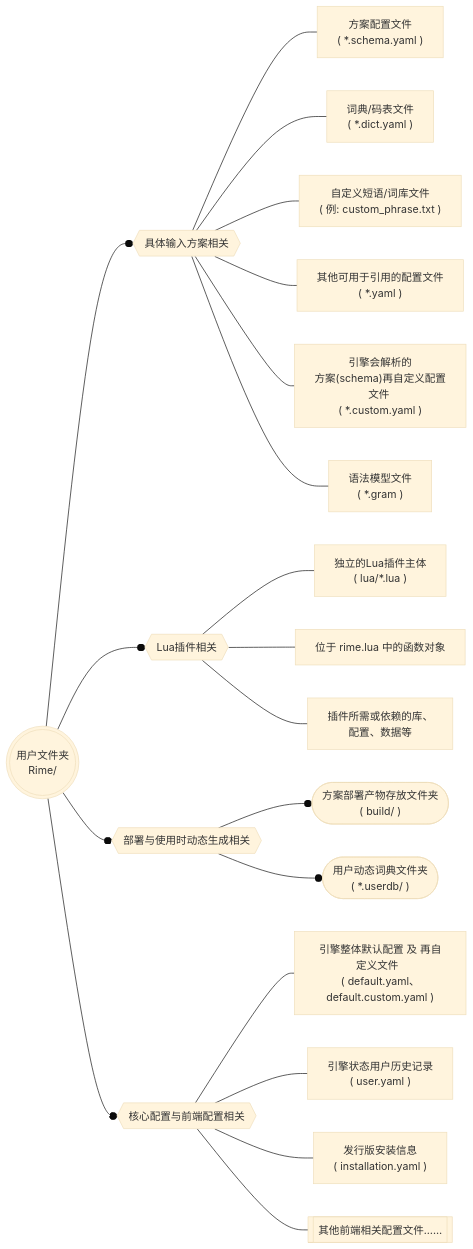
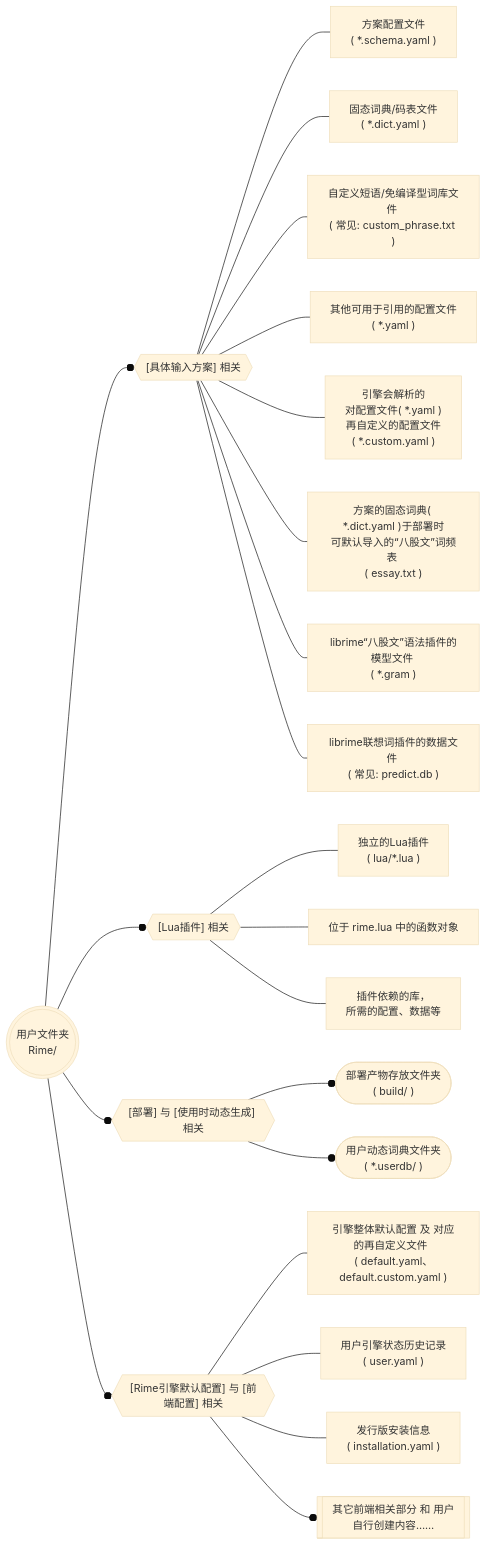
The diagram in src/01-02_安装与使用Rime.md (rightester/rime_tutorial), drawn with Mermaid (base theme) before and after one commit. The commit also changed other lines of this file and 9 other files, not shown here.

````diff
--- a/src/01-02_安装与使用Rime.md
+++ b/src/01-02_安装与使用Rime.md
@@ -19,34 +19,34 @@
 ```mermaid
+---
+title: ""
+---
 	graph LR
 	
 	R((("用户文件夹 \n Rime/")))
 	
-	输入方案{{具体输入方案相关}}
-	插件{{Lua插件相关}}
-	核心与前端{{核心配置与前端配置相关}}
-	部署{{部署与使用时动态生成相关}}
-	
-	R --o 输入方案
-	R --o 插件
-	R --o 部署
-	R --o 核心与前端
+	R --o 输入方案{{"[具体输入方案] 相关"}}
+	R --o 插件{{"[Lua插件] 相关"}}
+	R --o 部署{{"[部署] 与 [使用时动态生成] 相关"}}
+	R --o 核心与前端{{"[Rime引擎默认配置] 与 [前端配置] 相关"}}
 	
 	输入方案 --- a1["方案配置文件 \n( *.schema.yaml )"]
-	输入方案 --- a2["词典/码表文件 \n( *.dict.yaml )"]
-	输入方案 --- a6["自定义短语/词库文件 \n( 例: custom_phrase.txt )"]
-	输入方案 --- a3["其他可用于引用的配置文件 \n( *.yaml )"]
-	输入方案 --- a4["引擎会解析的\n方案(schema)再自定义配置文件 \n( *.custom.yaml )"]
-	输入方案 --- a5["语法模型文件 \n( *.gram )"]
+	输入方案 --- a2["固态词典/码表文件 \n( *.dict.yaml )"]
+	输入方案 --- a3["自定义短语/免编译型词库文件 \n( 常见: custom_phrase.txt )"]
+	输入方案 --- a4["其他可用于引用的配置文件 \n( *.yaml )"]
+	输入方案 --- a5["引擎会解析的\n对配置文件( *.yaml )\n再自定义的配置文件 \n( *.custom.yaml )"]
+	输入方案 --- a6["方案的固态词典( *.dict.yaml )于部署时\n可默认导入的“八股文”词频表 \n( essay.txt )"]
+	输入方案 --- a7["librime“八股文”语法插件的模型文件 \n( *.gram )"]
+	输入方案 --- a8["librime联想词插件的数据文件 \n( 常见: predict.db )"]
 	
-	插件 --- b1["独立的Lua插件主体 \n( lua/*.lua )"]
+	插件 --- b1["独立的Lua插件 \n( lua/*.lua )"]
 	插件 --- b2["位于 rime.lua 中的函数对象"]
-	插件 --- b3["插件所需或依赖的库、\n配置、数据等"]
+	插件 --- b3["插件依赖的库，\n所需的配置、数据等"]
 	
-	核心与前端 --- c1["引擎整体默认配置 及 再自定义文件  \n( default.yaml、default.custom.yaml )"]
-	核心与前端 --- c2["引擎状态用户历史记录  \n( user.yaml )"]
-	核心与前端 --- c3["发行版安装信息 \n( installation.yaml )"]
-	核心与前端 --- c4[["其他前端相关配置文件……"]]
+	部署 --o c1(["部署产物存放文件夹 \n( build/ )"])
+	部署 --o c2(["用户动态词典文件夹 \n( *.userdb/ )"])
 	
-	部署 --o d1(["方案部署产物存放文件夹 \n( build/ )"])
-	部署 --o d2(["用户动态词典文件夹 \n( *.userdb/ )"])
+	核心与前端 --- d1["引擎整体默认配置 及 对应的再自定义文件  \n( default.yaml、default.custom.yaml )"]
+	核心与前端 --- d2["用户引擎状态历史记录  \n( user.yaml )"]
+	核心与前端 --- d3["发行版安装信息 \n( installation.yaml )"]
+	核心与前端 --o d4[["其它前端相关部分 和 用户自行创建内容……"]]
 ```
````
